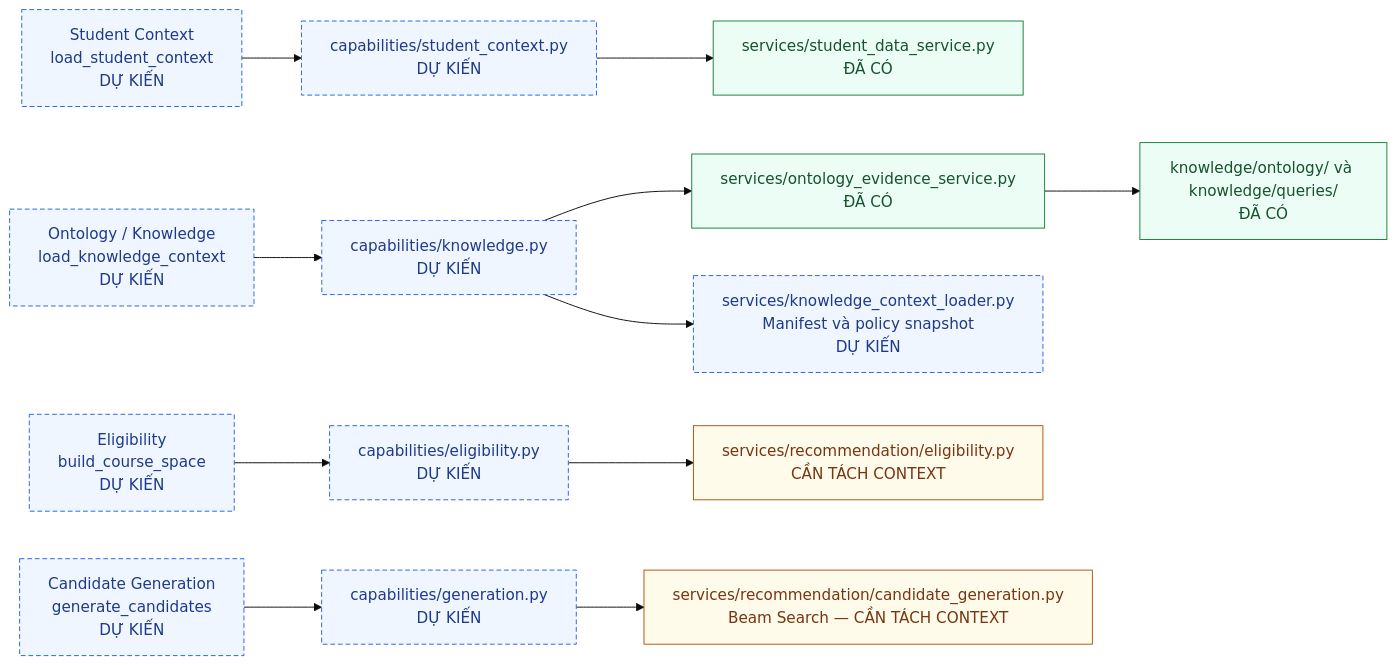
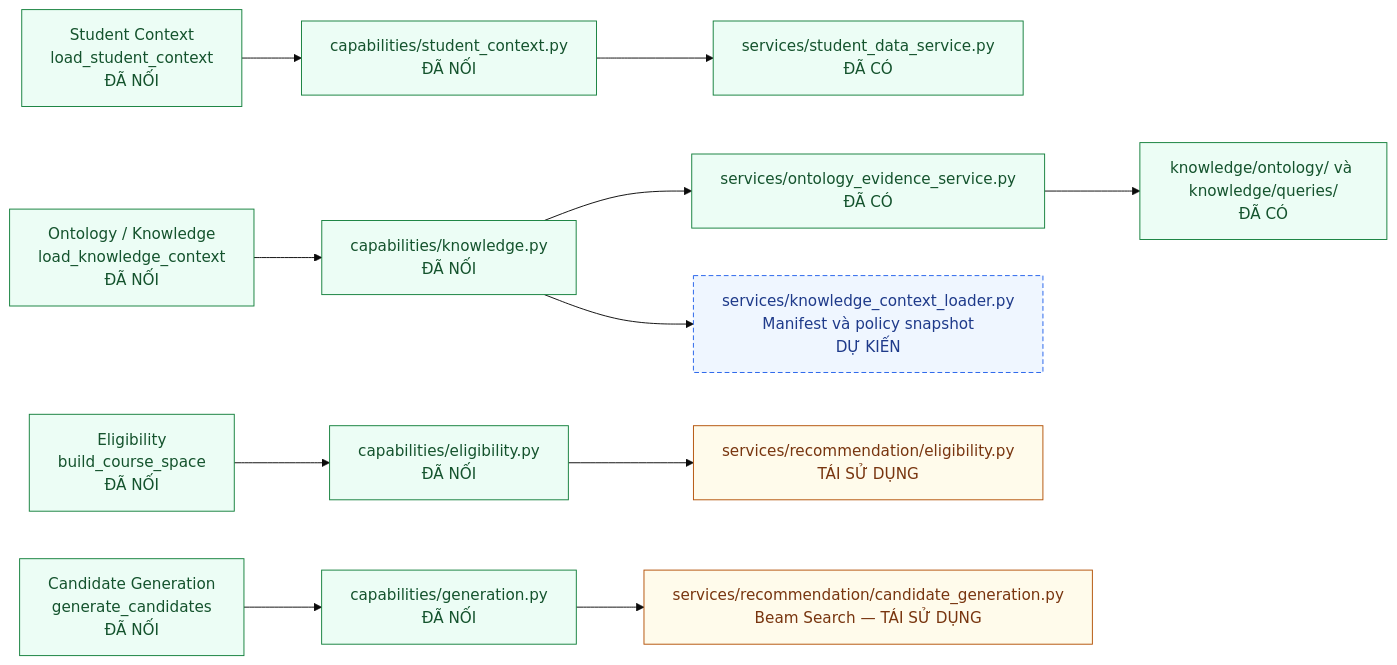
The first of 3 diagrams in docs/MAPPING_CAPABILITY_MODULE_TOOL.md (tandaoduy/personalized-learning-ontology), drawn with Mermaid (base theme) before and after one commit. The commit also changed other lines of this file and 14 other files, not shown here.

````diff
--- a/docs/MAPPING_CAPABILITY_MODULE_TOOL.md
+++ b/docs/MAPPING_CAPABILITY_MODULE_TOOL.md
@@ -14,23 +14,23 @@
 ```mermaid
 flowchart LR
-    SC["Student Context<br/>load_student_context<br/>DỰ KIẾN"] --> SCA["capabilities/student_context.py<br/>DỰ KIẾN"]
+    SC["Student Context<br/>load_student_context<br/>ĐÃ NỐI"] --> SCA["capabilities/student_context.py<br/>ĐÃ NỐI"]
     SCA --> SCS["services/student_data_service.py<br/>ĐÃ CÓ"]
 
-    KN["Ontology / Knowledge<br/>load_knowledge_context<br/>DỰ KIẾN"] --> KNA["capabilities/knowledge.py<br/>DỰ KIẾN"]
+    KN["Ontology / Knowledge<br/>load_knowledge_context<br/>ĐÃ NỐI"] --> KNA["capabilities/knowledge.py<br/>ĐÃ NỐI"]
     KNA --> KNS["services/ontology_evidence_service.py<br/>ĐÃ CÓ"]
     KNS --> KQ["knowledge/ontology/ và knowledge/queries/<br/>ĐÃ CÓ"]
     KNA --> KNL["services/knowledge_context_loader.py<br/>Manifest và policy snapshot<br/>DỰ KIẾN"]
 
-    EL["Eligibility<br/>build_course_space<br/>DỰ KIẾN"] --> ELA["capabilities/eligibility.py<br/>DỰ KIẾN"]
-    ELA --> ELS["services/recommendation/eligibility.py<br/>CẦN TÁCH CONTEXT"]
+    EL["Eligibility<br/>build_course_space<br/>ĐÃ NỐI"] --> ELA["capabilities/eligibility.py<br/>ĐÃ NỐI"]
+    ELA --> ELS["services/recommendation/eligibility.py<br/>TÁI SỬ DỤNG"]
 
-    GE["Candidate Generation<br/>generate_candidates<br/>DỰ KIẾN"] --> GEA["capabilities/generation.py<br/>DỰ KIẾN"]
-    GEA --> GES["services/recommendation/candidate_generation.py<br/>Beam Search — CẦN TÁCH CONTEXT"]
+    GE["Candidate Generation<br/>generate_candidates<br/>ĐÃ NỐI"] --> GEA["capabilities/generation.py<br/>ĐÃ NỐI"]
+    GEA --> GES["services/recommendation/candidate_generation.py<br/>Beam Search — TÁI SỬ DỤNG"]
 
     classDef existing fill:#ecfdf5,stroke:#15803d,color:#14532d;
     classDef adapt fill:#fffbeb,stroke:#b45309,color:#78350f;
     classDef planned fill:#eff6ff,stroke:#2563eb,color:#1e3a8a,stroke-dasharray:5 3;
-    class SCS,KNS,KQ existing;
+    class SC,SCA,SCS,KN,KNA,KNS,KQ,EL,ELA,GE,GEA existing;
     class ELS,GES adapt;
-    class SC,SCA,KN,KNA,KNL,EL,ELA,GE,GEA planned;
+    class KNL planned;
 ```
````
